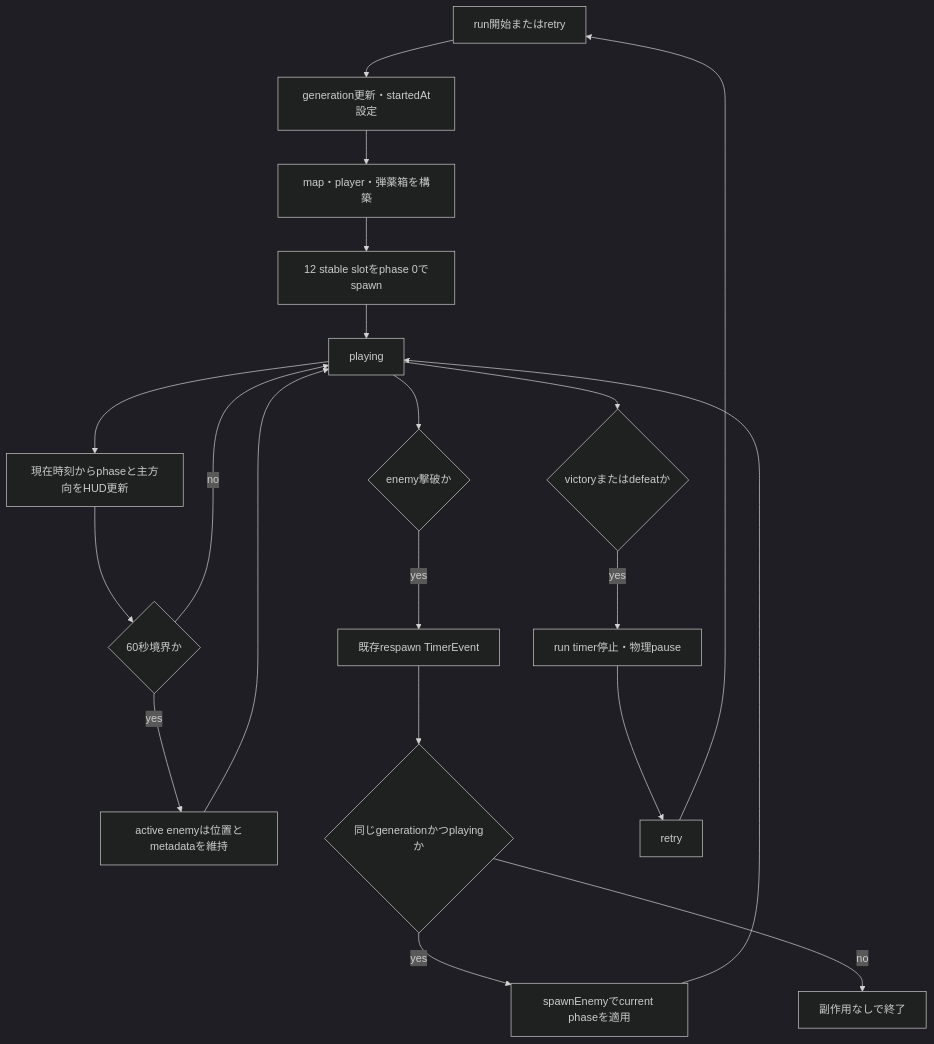
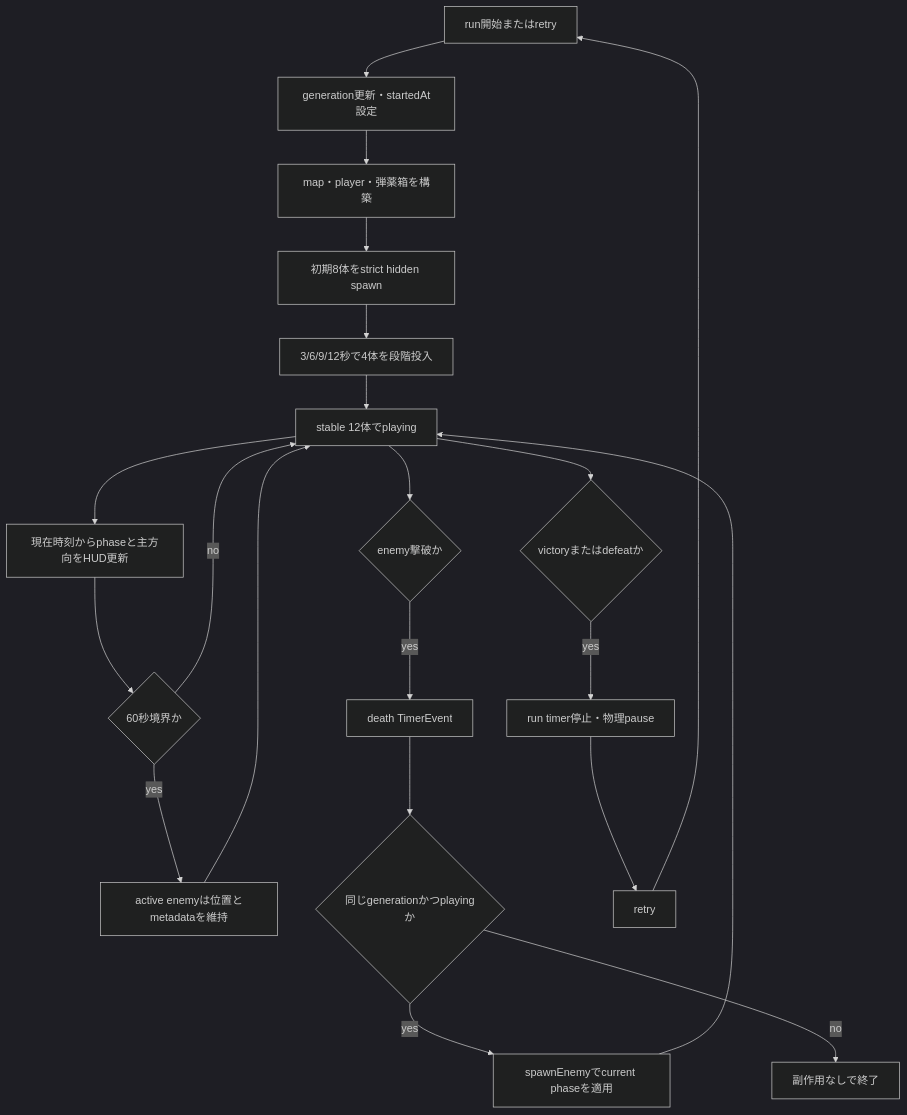
One commit to WFrog2511/2d-coop-survival changed the diagram in docs/40_design/basic/directional-spawn-v1.md. Above: the diagram before and after it, drawn with Mermaid (dark theme). The commit also changed other lines of this file and 18 other files, not shown here.

```diff
--- a/docs/40_design/basic/directional-spawn-v1.md
+++ b/docs/40_design/basic/directional-spawn-v1.md
@@ -31,22 +32,23 @@
 ~~~mermaid
 flowchart TD
   reset["run開始またはretry"] --> generation["generation更新・startedAt設定"]
   generation --> map["map・player・弾薬箱を構築"]
-  map --> initial["12 stable slotをphase 0でspawn"]
-  initial --> playing["playing"]
+  map --> initial["初期8体をstrict hidden spawn"]
+  initial --> stagger["3/6/9/12秒で4体を段階投入"]
+  stagger --> playing["stable 12体でplaying"]
   playing --> hud["現在時刻からphaseと主方向をHUD更新"]
   hud --> boundary{"60秒境界か"}
   boundary -->|yes| keep["active enemyは位置とmetadataを維持"]
   boundary -->|no| playing
   keep --> playing
   playing --> defeated{"enemy撃破か"}
-  defeated -->|yes| timer["既存respawn TimerEvent"]
+  defeated -->|yes| timer["death TimerEvent"]
   timer --> guard{"同じgenerationかつplayingか"}
   guard -->|yes| spawn["spawnEnemyでcurrent phaseを適用"]
   guard -->|no| discard["副作用なしで終了"]
   spawn --> playing
   playing --> terminal{"victoryまたはdefeatか"}
   terminal -->|yes| stop["run timer停止・物理pause"]
   stop --> retry["retry"]
   retry --> reset
 ~~~
```
